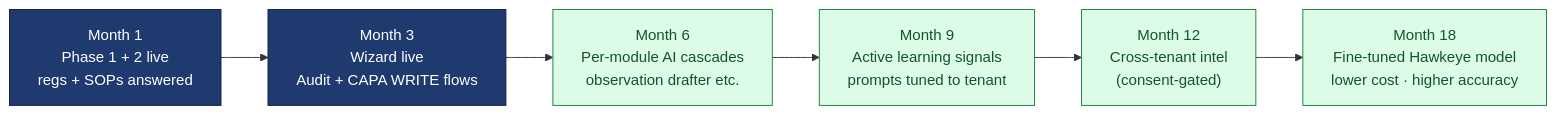
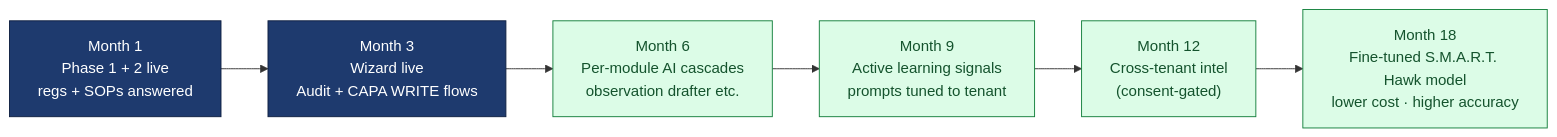
The ninth of 9 diagrams in 06-modules/askhawk/STORYBOOK.md (hawkeyetransact-dotcom/doc_v2), drawn with Mermaid before and after one commit. The commit also changed other lines of this file and 105 other files, not shown here.

First line of the commit message:
Rebrand docs: Hawkeye -> S.M.A.R.T. Hawk; S.M.A.R.T. five-pillar pipeline

````diff
--- a/06-modules/askhawk/STORYBOOK.md
+++ b/06-modules/askhawk/STORYBOOK.md
@@ -443,14 +443,14 @@
 ```mermaid
 flowchart LR
     classDef stage fill:#1E3A6E,stroke:#0F2042,color:#FFFFFF
     classDef value fill:#DCFCE7,stroke:#15803D,color:#14532D
 
     M1["Month 1<br/>Phase 1 + 2 live<br/>regs + SOPs answered"]:::stage
     M3["Month 3<br/>Wizard live<br/>Audit + CAPA WRITE flows"]:::stage
     M6["Month 6<br/>Per-module AI cascades<br/>observation drafter etc."]:::value
     M9["Month 9<br/>Active learning signals<br/>prompts tuned to tenant"]:::value
     M12["Month 12<br/>Cross-tenant intel<br/>(consent-gated)"]:::value
-    M18["Month 18<br/>Fine-tuned Hawkeye model<br/>lower cost · higher accuracy"]:::value
+    M18["Month 18<br/>Fine-tuned S.M.A.R.T. Hawk model<br/>lower cost · higher accuracy"]:::value
 
     M1 --> M3 --> M6 --> M9 --> M12 --> M18
 ```
````
